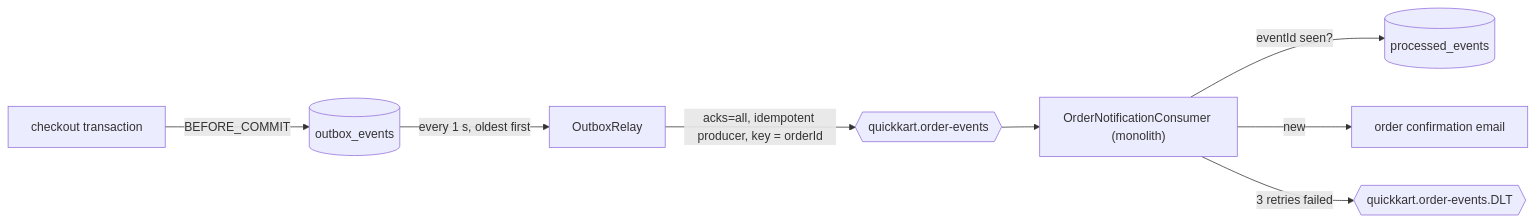
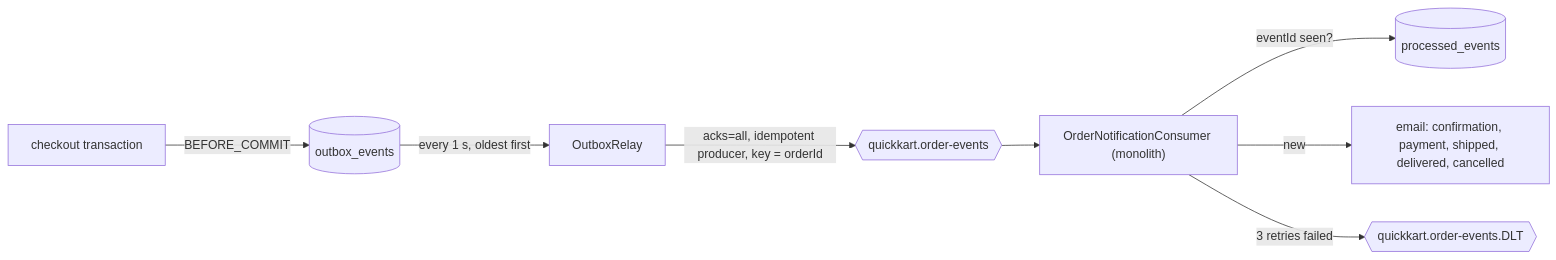
Before and after one commit to JayantBansal900/QuickKart: the third of 3 diagrams in docs/architecture.md, drawn with Mermaid. The commit also changed other lines of this file and 146 other files, not shown here.

````diff
--- a/docs/architecture.md
+++ b/docs/architecture.md
@@ -109,10 +111,10 @@
 ```mermaid
 flowchart LR
     T["checkout transaction"] -->|"BEFORE_COMMIT"| OB[("outbox_events")]
     OB -->|"every 1 s, oldest first"| R["OutboxRelay"]
     R -->|"acks=all, idempotent producer, key = orderId"| K{{"quickkart.order-events"}}
     K --> C["OrderNotificationConsumer (monolith)"]
     C -->|"eventId seen?"| PE[("processed_events")]
-    C -->|"new"| E["order confirmation email"]
+    C -->|"new"| E["email: confirmation, payment, shipped, delivered, cancelled"]
     C -->|"3 retries failed"| D{{"quickkart.order-events.DLT"}}
 ```
````
